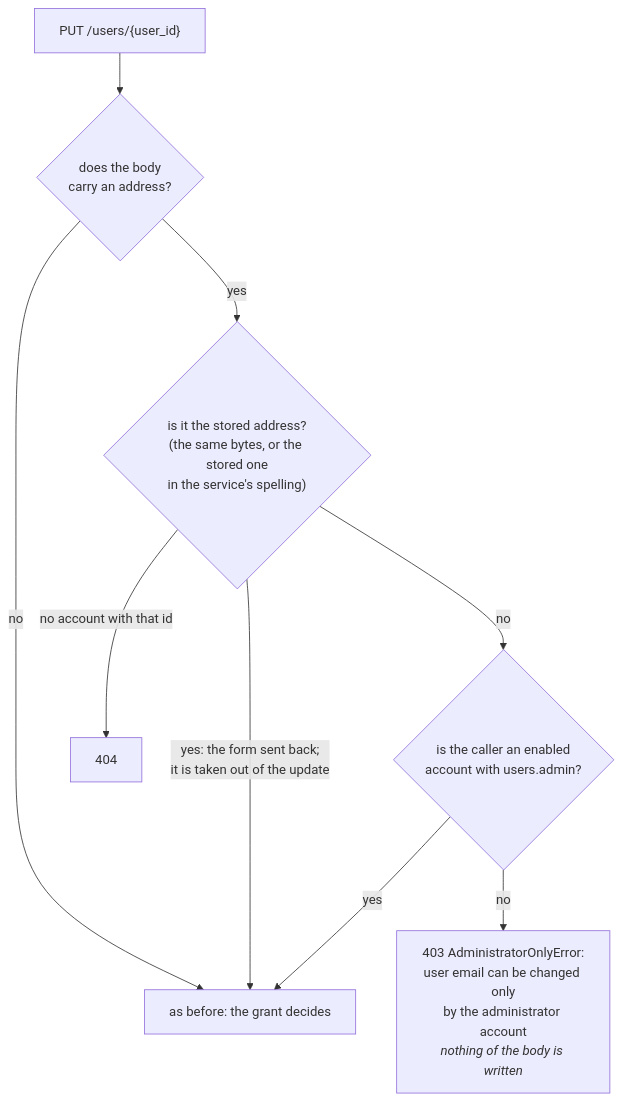
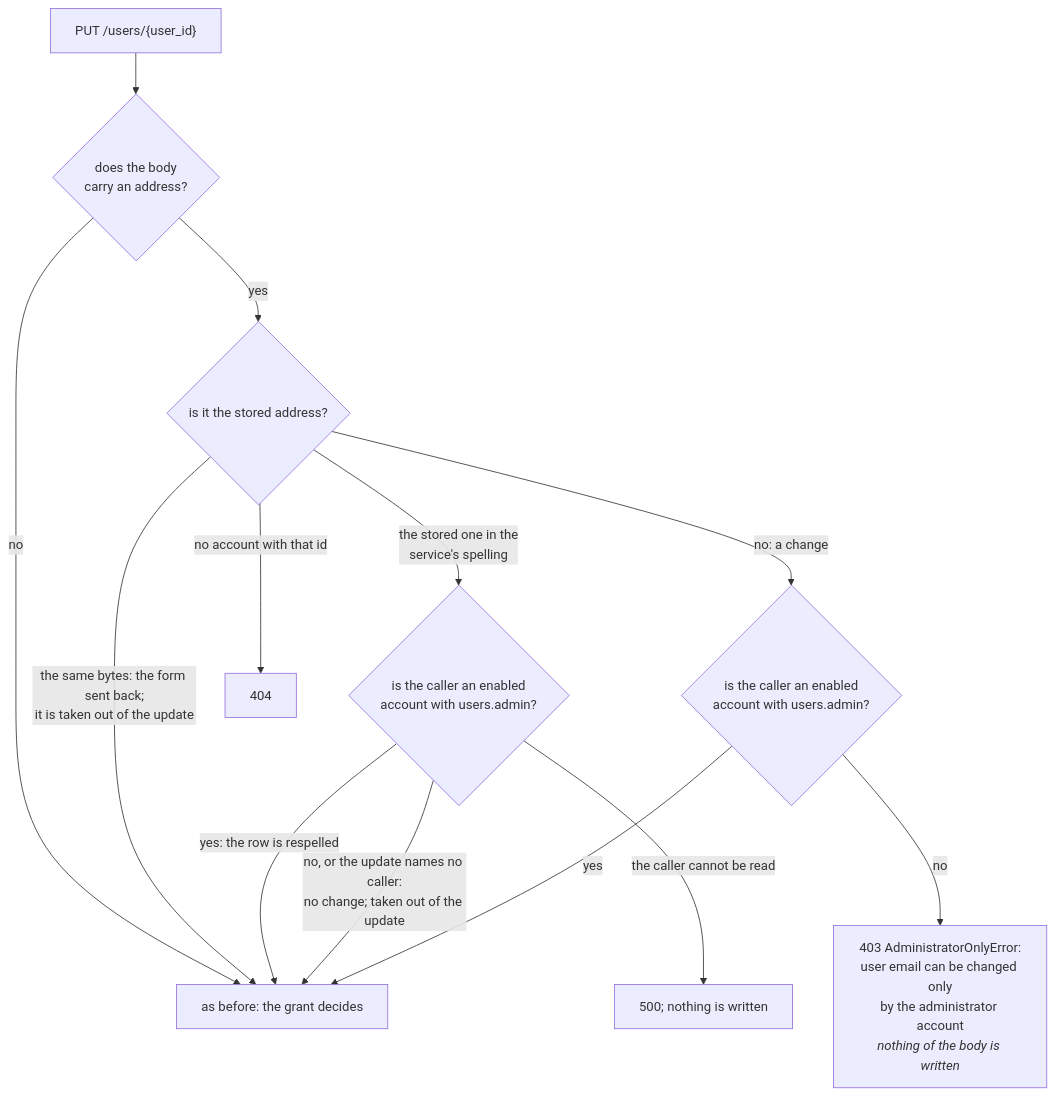
One commit to p2p-b2b/go-rest-api-service-template changed the sixth of 9 diagrams in docs/architecture/security.md. Above: the diagram before and after it, drawn with Mermaid. The commit also changed other lines of this file and 8 other files, not shown here.

First line of the commit message:
fix(users): the administrator account respells an address, and an account's standing reads one column (#142)

````diff
--- a/docs/architecture/security.md
+++ b/docs/architecture/security.md
@@ -340,11 +340,15 @@
 ```mermaid
 flowchart TD
     R["PUT /users/{user_id}"] --> E{"does the body<br/>carry an address?"}
     E -- no --> W["as before: the grant decides"]
-    E -- yes --> S{"is it the stored address?<br/>(the same bytes, or the stored one<br/>in the service's spelling)"}
-    S -- "yes: the form sent back;<br/>it is taken out of the update" --> W
-    S -- no --> C{"is the caller an enabled<br/>account with users.admin?"}
+    E -- yes --> S{"is it the stored address?"}
+    S -- "the same bytes: the form sent back;<br/>it is taken out of the update" --> W
+    S -- "the stored one in the<br/>service's spelling" --> P{"is the caller an enabled<br/>account with users.admin?"}
+    P -- "yes: the row is respelled" --> W
+    P -- "no, or the update names no caller:<br/>no change; taken out of the update" --> W
+    P -- "the caller cannot be read" --> U["500; nothing is written"]
+    S -- "no: a change" --> C{"is the caller an enabled<br/>account with users.admin?"}
     C -- yes --> W
     C -- no --> F["403 AdministratorOnlyError:<br/>user email can be changed only<br/>by the administrator account<br/><i>nothing of the body is written</i>"]
     S -- "no account with that id" --> N["404"]
 ```
````
